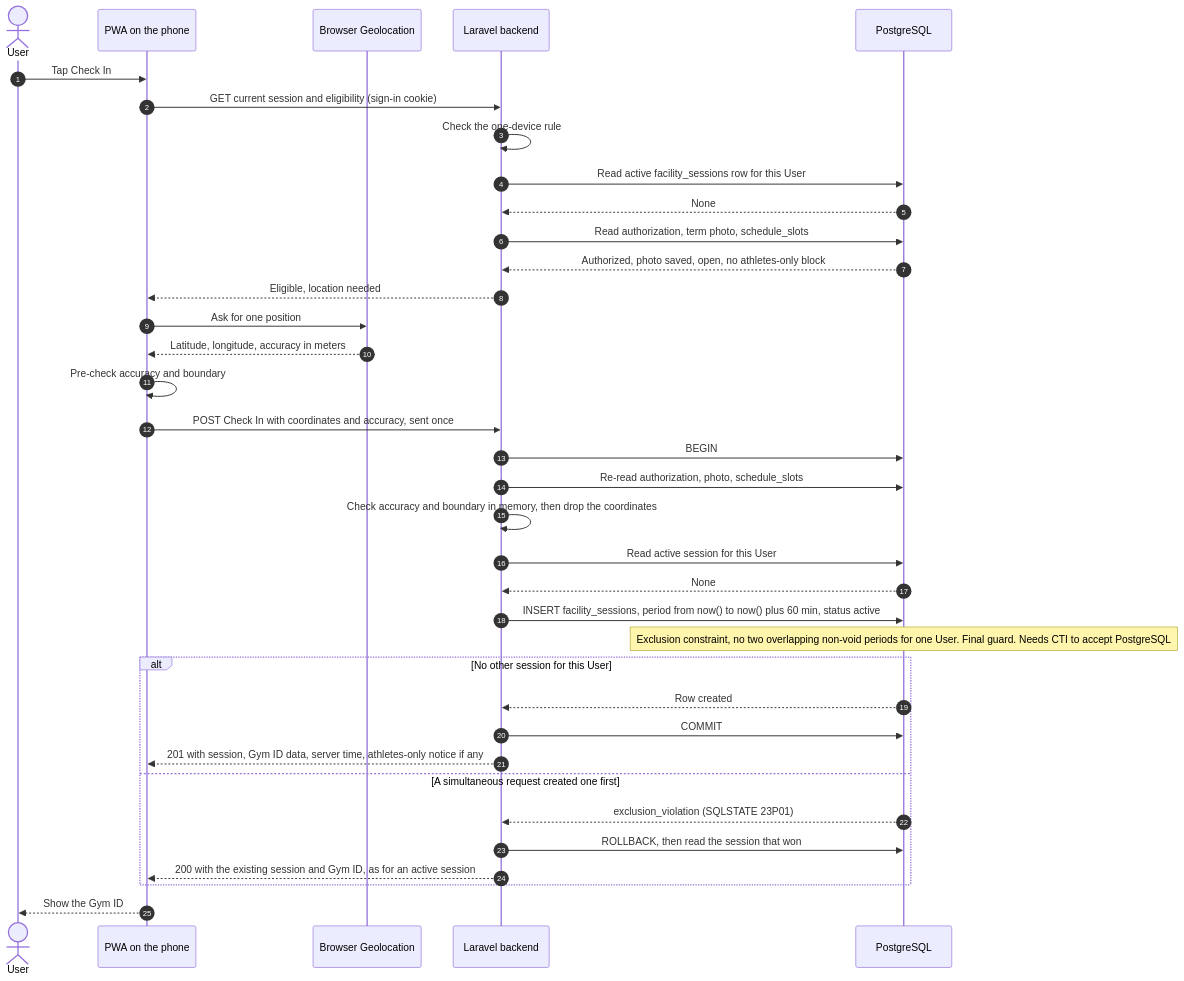
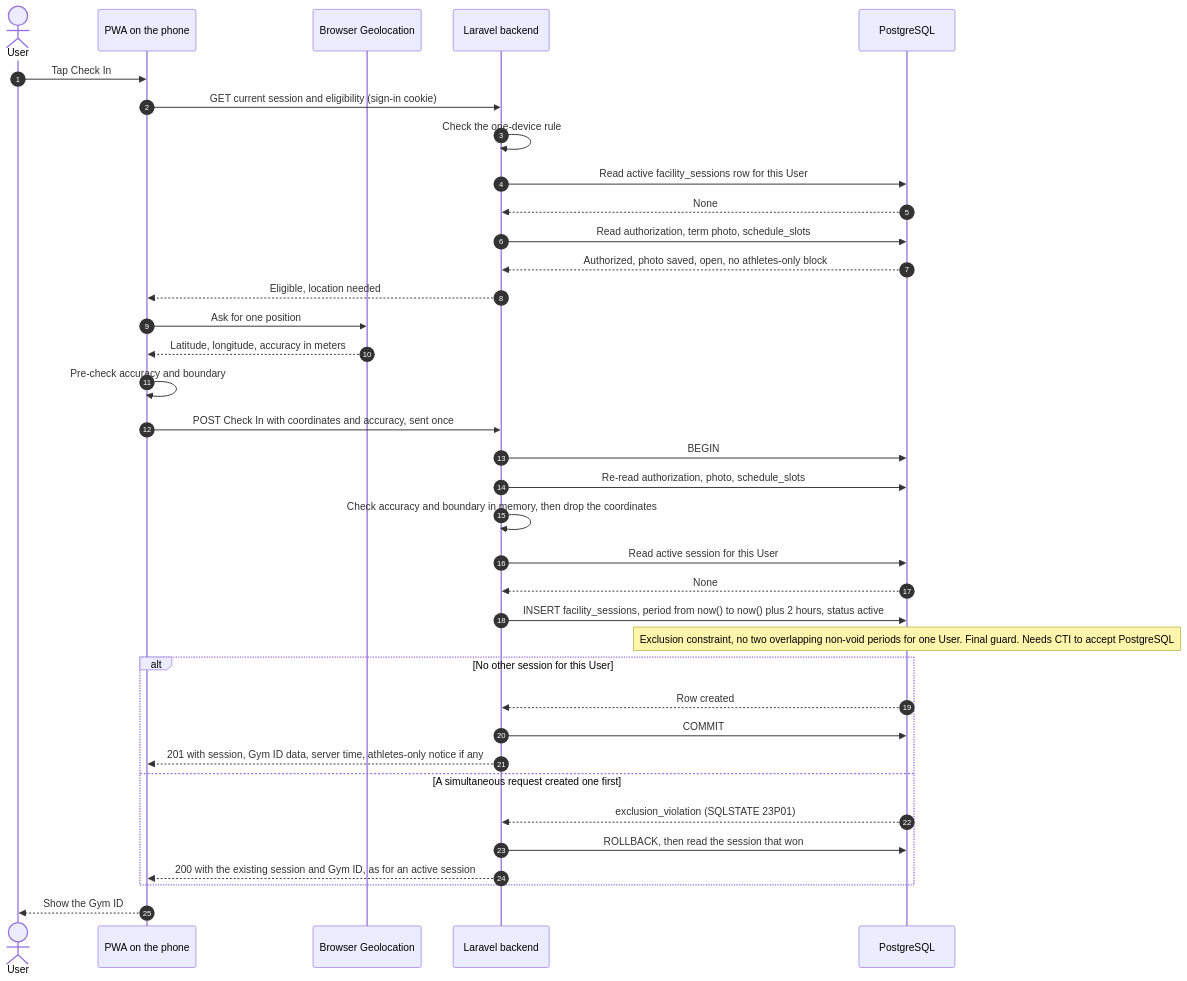
One commit to Th3-Minorities/natatorio-gym-app changed the third of 12 diagrams in docs/design/check-in-flows.md. Above: the diagram before and after it, drawn with Mermaid. The commit also changed other lines of this file and 13 other files, not shown here.

````diff
--- a/docs/design/check-in-flows.md
+++ b/docs/design/check-in-flows.md
@@ -88,39 +91,39 @@
 ```mermaid
 sequenceDiagram
   autonumber
   actor U as User
   participant PWA as PWA on the phone
   participant GEO as Browser Geolocation
   participant API as Laravel backend
   participant DB as PostgreSQL
 
   U->>PWA: Tap Check In
   PWA->>API: GET current session and eligibility (sign-in cookie)
   API->>API: Check the one-device rule
   API->>DB: Read active facility_sessions row for this User
   DB-->>API: None
   API->>DB: Read authorization, term photo, schedule_slots
   DB-->>API: Authorized, photo saved, open, no athletes-only block
   API-->>PWA: Eligible, location needed
   PWA->>GEO: Ask for one position
   GEO-->>PWA: Latitude, longitude, accuracy in meters
   PWA->>PWA: Pre-check accuracy and boundary
   PWA->>API: POST Check In with coordinates and accuracy, sent once
   API->>DB: BEGIN
   API->>DB: Re-read authorization, photo, schedule_slots
   API->>API: Check accuracy and boundary in memory, then drop the coordinates
   API->>DB: Read active session for this User
   DB-->>API: None
-  API->>DB: INSERT facility_sessions, period from now() to now() plus 60 min, status active
+  API->>DB: INSERT facility_sessions, period from now() to now() plus 2 hours, status active
   Note over DB: Exclusion constraint, no two overlapping non-void periods for one User. Final guard. Needs CTI to accept PostgreSQL
   alt No other session for this User
     DB-->>API: Row created
     API->>DB: COMMIT
     API-->>PWA: 201 with session, Gym ID data, server time, athletes-only notice if any
   else A simultaneous request created one first
     DB-->>API: exclusion_violation (SQLSTATE 23P01)
     API->>DB: ROLLBACK, then read the session that won
     API-->>PWA: 200 with the existing session and Gym ID, as for an active session
   end
   PWA-->>U: Show the Gym ID
 ```
````
